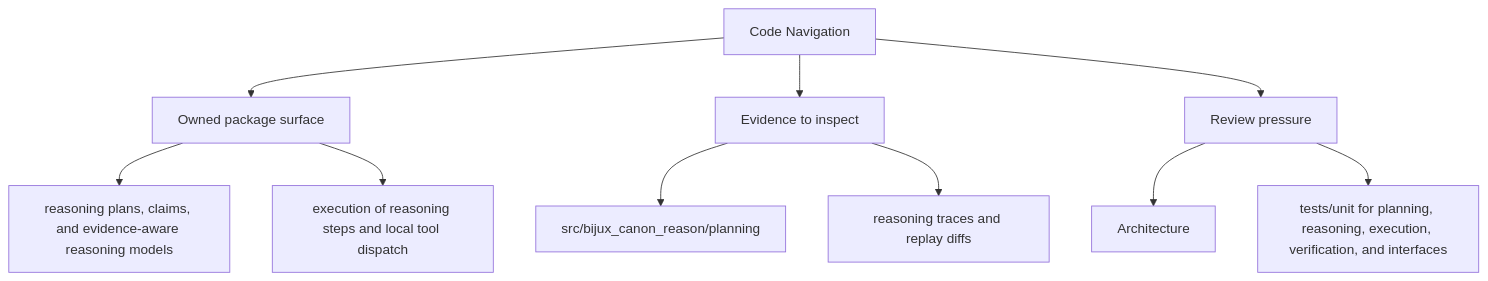
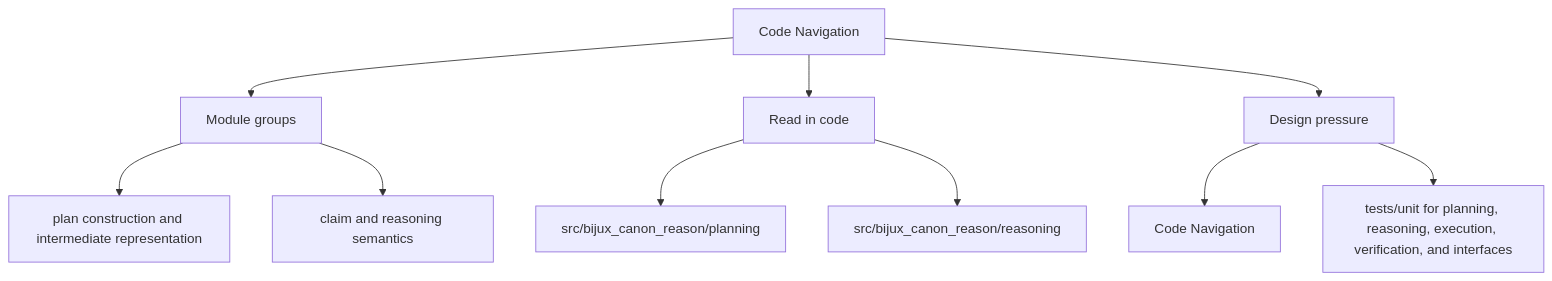
The second of 2 diagrams in docs/bijux-canon-reason/architecture/code-navigation.md (bijux/bijux-canon), drawn with Mermaid before and after one commit. The commit also changed other lines of this file and 250 other files, not shown here.

Commit message:
docs(diagrams): make product page maps more readable

````diff
--- a/docs/bijux-canon-reason/architecture/code-navigation.md
+++ b/docs/bijux-canon-reason/architecture/code-navigation.md
@@ -33,22 +33,22 @@
 ```mermaid
 flowchart TD
     page["Code Navigation"]
-    focus1["Owned package surface"]
+    focus1["Module groups"]
     page --> focus1
-    focus1_1["reasoning plans, claims, and evidence-aware reasoning models"]
+    focus1_1["plan construction and intermediate representation"]
     focus1 --> focus1_1
-    focus1_2["execution of reasoning steps and local tool dispatch"]
+    focus1_2["claim and reasoning semantics"]
     focus1 --> focus1_2
-    focus2["Evidence to inspect"]
+    focus2["Read in code"]
     page --> focus2
     focus2_1["src/bijux_canon_reason/planning"]
     focus2 --> focus2_1
-    focus2_2["reasoning traces and replay diffs"]
+    focus2_2["src/bijux_canon_reason/reasoning"]
     focus2 --> focus2_2
-    focus3["Review pressure"]
+    focus3["Design pressure"]
     page --> focus3
-    focus3_1["Architecture"]
+    focus3_1["Code Navigation"]
     focus3 --> focus3_1
     focus3_2["tests/unit for planning, reasoning, execution, verification, and interfaces"]
     focus3 --> focus3_2
 ```
````
